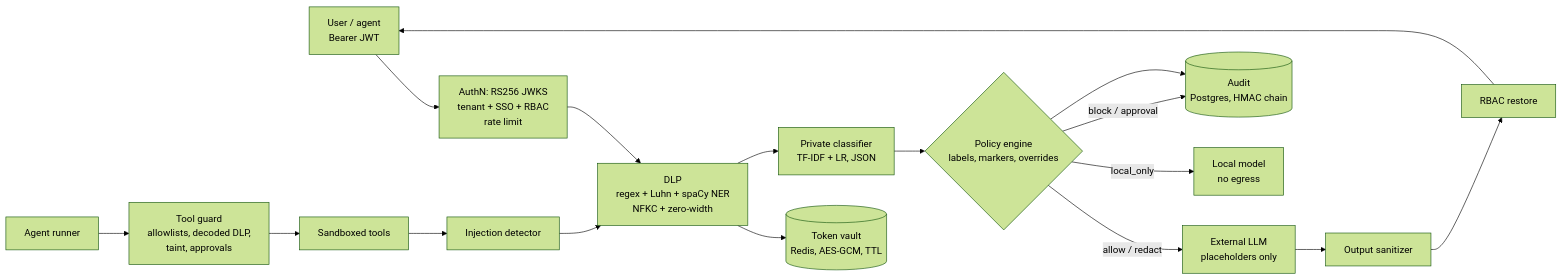
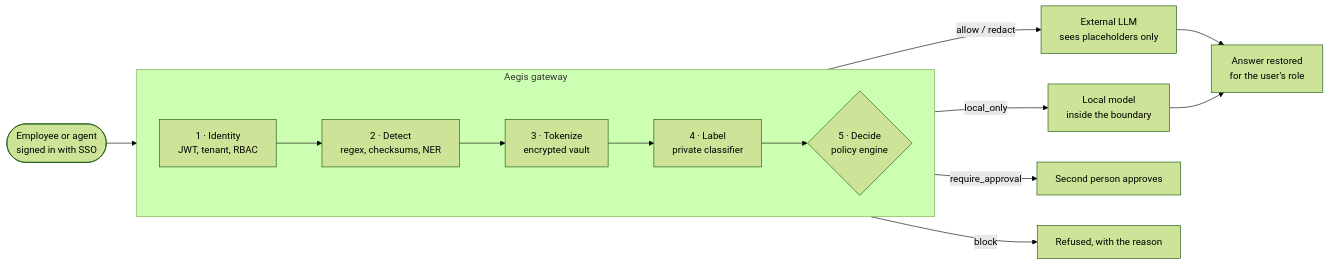
One commit to kumarlakshya24/enterprise-ai-platform changed the diagram in secure-ai-gateway/README.md. Above: the diagram before and after it, drawn with Mermaid (forest theme). The commit also changed other lines of this file and 28 other files, not shown here.

````diff
--- a/secure-ai-gateway/README.md
+++ b/secure-ai-gateway/README.md
@@ -122,16 +131,19 @@
 ```mermaid
 flowchart LR
-    U[User / agent<br/>Bearer JWT] --> AUTH[AuthN: RS256 JWKS<br/>tenant + SSO + RBAC<br/>rate limit]
-    AUTH --> DLP[DLP<br/>regex + Luhn + spaCy NER<br/>NFKC + zero-width]
-    DLP --> V[(Token vault<br/>Redis, AES-GCM, TTL)]
-    DLP --> CLS[Private classifier<br/>TF-IDF + LR, JSON]
-    CLS --> POL{Policy engine<br/>labels, markers, overrides}
-    POL -->|allow / redact| X[External LLM<br/>placeholders only]
-    POL -->|local_only| L[Local model<br/>no egress]
-    POL -->|block / approval| A
-    AG[Agent runner] --> TG[Tool guard<br/>allowlists, decoded DLP,<br/>taint, approvals]
-    TG --> T[Sandboxed tools]
-    T --> INJ[Injection detector] --> DLP
-    X --> OUT[Output sanitizer] --> R[RBAC restore] --> U
-    POL --> A[(Audit<br/>Postgres, HMAC chain)]
+    U(["Employee or agent<br/>signed in with SSO"]) --> ID
+
+    subgraph GW ["Aegis gateway"]
+        direction LR
+        ID["1 · Identity<br/>JWT, tenant, RBAC"] --> DET["2 · Detect<br/>regex, checksums, NER"]
+        DET --> TOK["3 · Tokenize<br/>encrypted vault"]
+        TOK --> LAB["4 · Label<br/>private classifier"]
+        LAB --> DEC{"5 · Decide<br/>policy engine"}
+    end
+
+    DEC -- "allow / redact" --> EXT["External LLM<br/>sees placeholders only"]
+    DEC -- "local_only" --> LOC["Local model<br/>inside the boundary"]
+    DEC -- "require_approval" --> HUM["Second person approves"]
+    DEC -- "block" --> BLK["Refused, with the reason"]
+    EXT --> RES["Answer restored<br/>for the user's role"]
+    LOC --> RES
 ```
````
